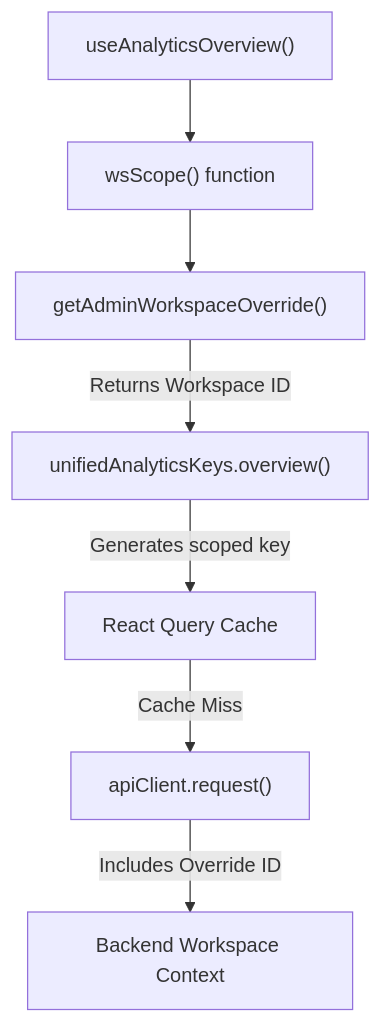
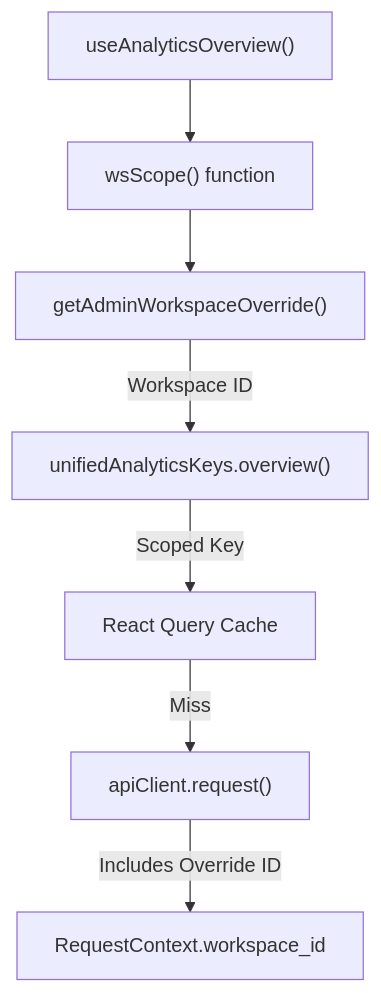
Before and after one commit to AutomatosAI/automatos-ai: the fourth of 4 diagrams in docs/analytics-monitoring/admin-analytics.md, drawn with Mermaid. The commit also changed other lines of this file and 191 other files, not shown here.

````diff
--- a/docs/analytics-monitoring/admin-analytics.md
+++ b/docs/analytics-monitoring/admin-analytics.md
@@ -150,15 +258,15 @@
 ```mermaid
-graph TB
+graph TD
     Hook["useAnalyticsOverview()"]
     wsScope["wsScope() function"]
     Override["getAdminWorkspaceOverride()"]
     QueryKey["unifiedAnalyticsKeys.overview()"]
     
     Hook --> wsScope
     wsScope --> Override
-    Override -- "Returns Workspace ID" --> QueryKey
-    QueryKey -- "Generates scoped key" --> Cache["React Query Cache"]
+    Override -- "Workspace ID" --> QueryKey
+    QueryKey -- "Scoped Key" --> Cache["React Query Cache"]
     
-    Cache -- "Cache Miss" --> API["apiClient.request()"]
-    API -- "Includes Override ID" --> Backend["Backend Workspace Context"]
+    Cache -- "Miss" --> API["apiClient.request()"]
+    API -- "Includes Override ID" --> Backend["RequestContext.workspace_id"]
 ```
````
